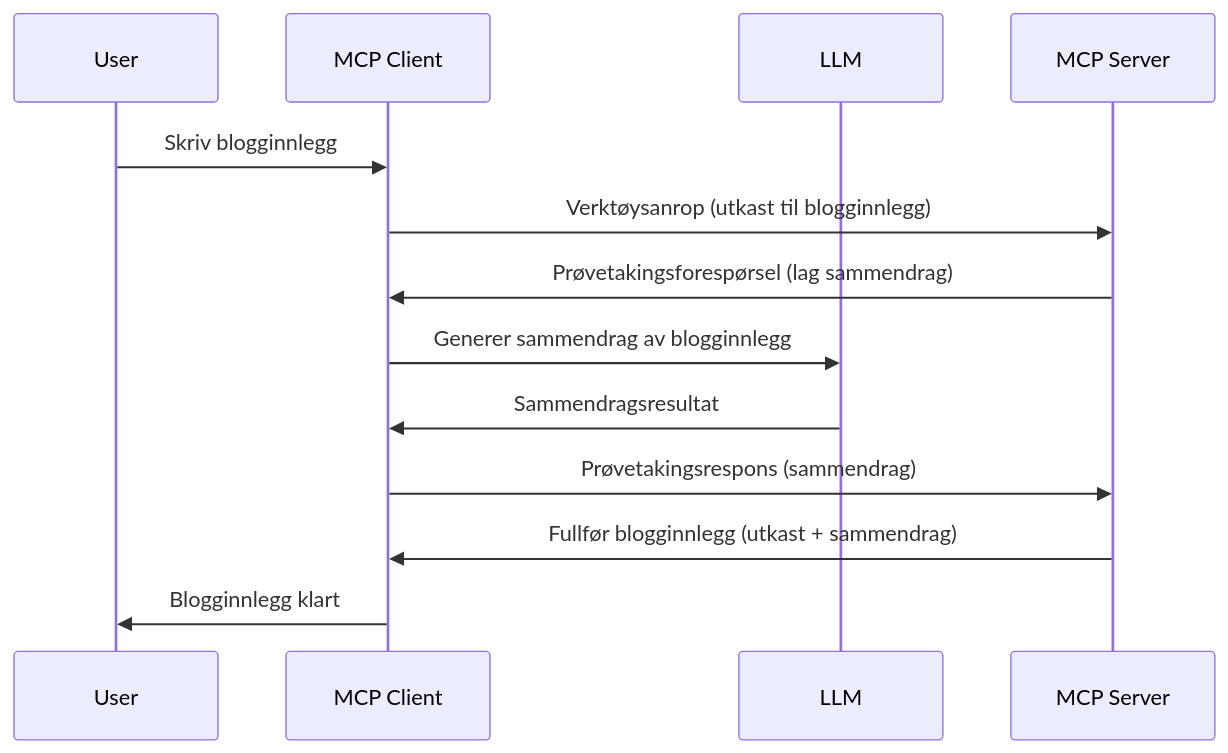
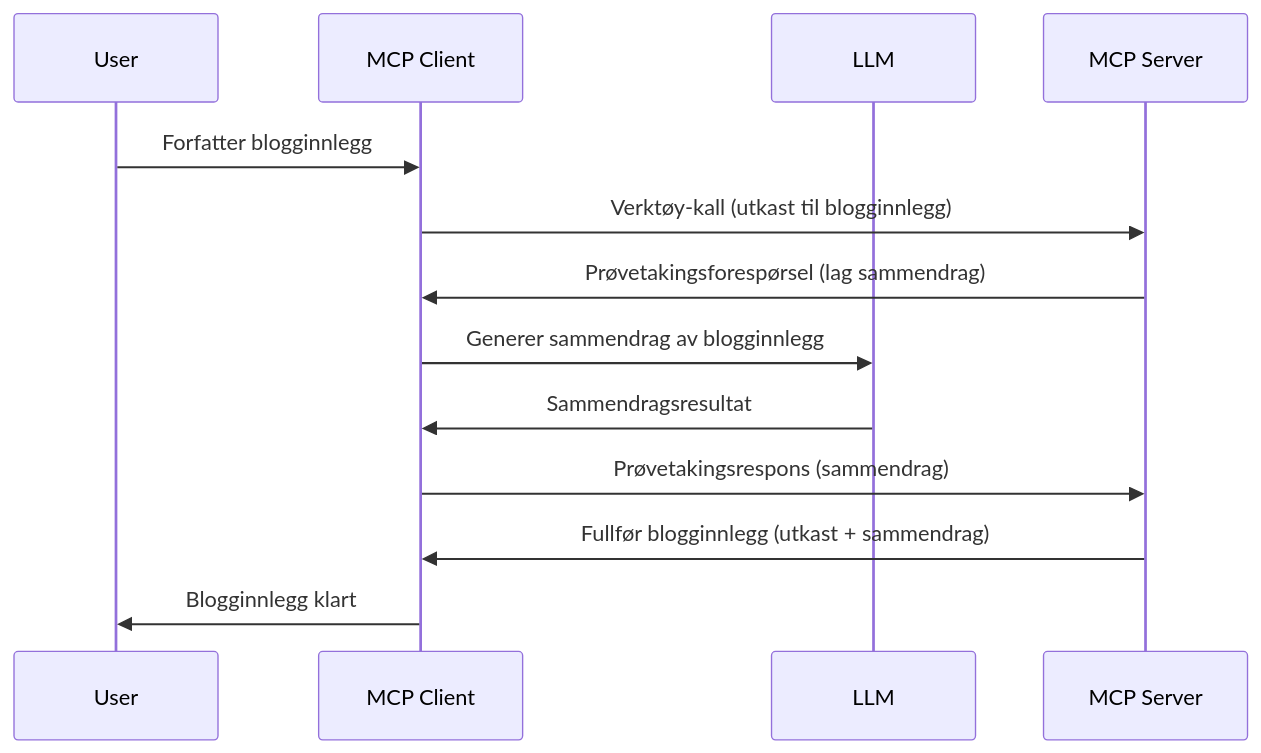
Before and after one commit to HIDORAKAI002/ai-workspace-archive: the diagram in mcp_ecosystem__model_context_protocol/mcp_learning_resources/mcp-for-beginners/translations/no/03-GettingStarted/14-sampling/README.md, drawn with Mermaid. The commit also changed other lines of this file and 1539 other files, not shown here.

````diff
--- a/mcp_ecosystem__model_context_protocol/mcp_learning_resources/mcp-for-beginners/translations/no/03-GettingStarted/14-sampling/README.md
+++ b/mcp_ecosystem__model_context_protocol/mcp_learning_resources/mcp-for-beginners/translations/no/03-GettingStarted/14-sampling/README.md
@@ -23,16 +23,16 @@
 ```mermaid
 sequenceDiagram
     participant User
     participant MCP Client
     participant LLM
     participant MCP Server
 
-    User->>MCP Client: Skriv blogginnlegg
-    MCP Client->>MCP Server: Verktøysanrop (utkast til blogginnlegg)
+    User->>MCP Client: Forfatter blogginnlegg
+    MCP Client->>MCP Server: Verktøy-kall (utkast til blogginnlegg)
     MCP Server->>MCP Client: Prøvetakingsforespørsel (lag sammendrag)
     MCP Client->>LLM: Generer sammendrag av blogginnlegg
     LLM->>MCP Client: Sammendragsresultat
     MCP Client->>MCP Server: Prøvetakingsrespons (sammendrag)
     MCP Server->>MCP Client: Fullfør blogginnlegg (utkast + sammendrag)
     MCP Client->>User: Blogginnlegg klart
 ```
````
